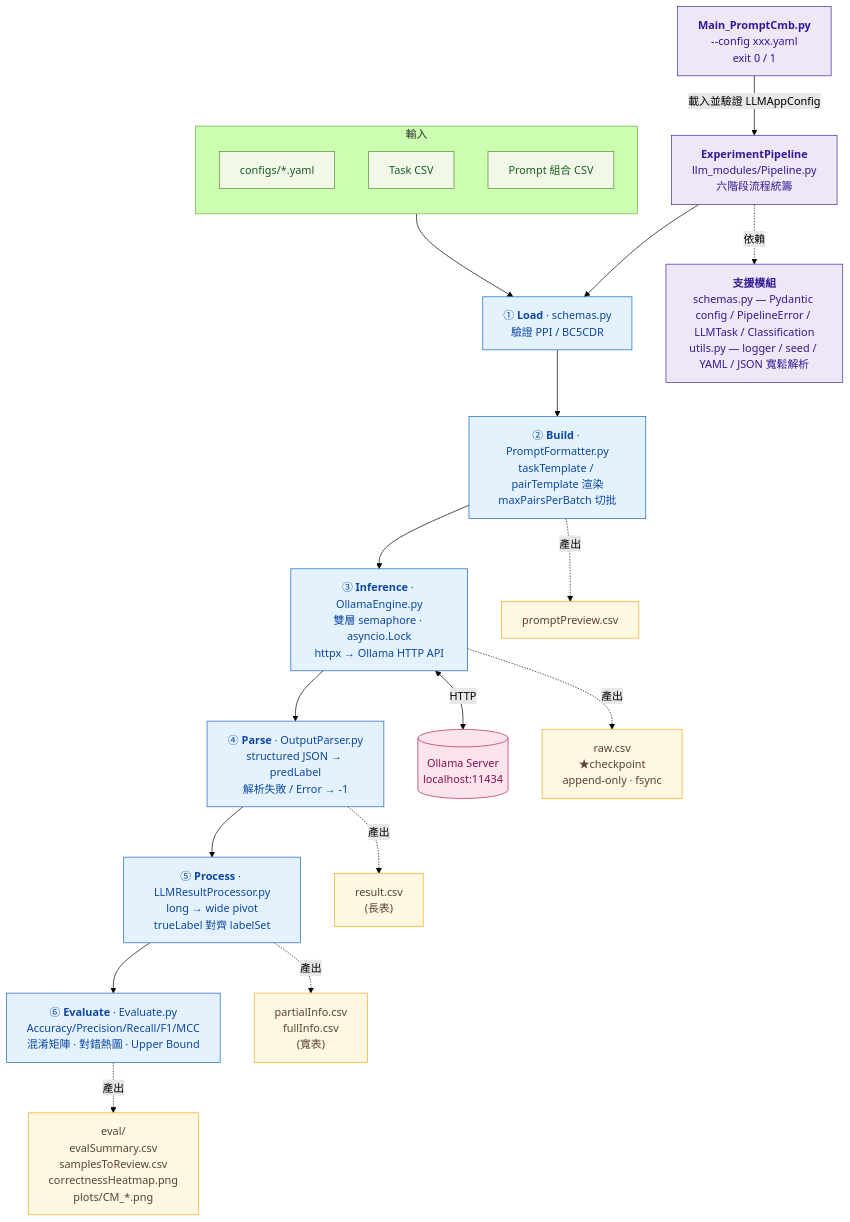
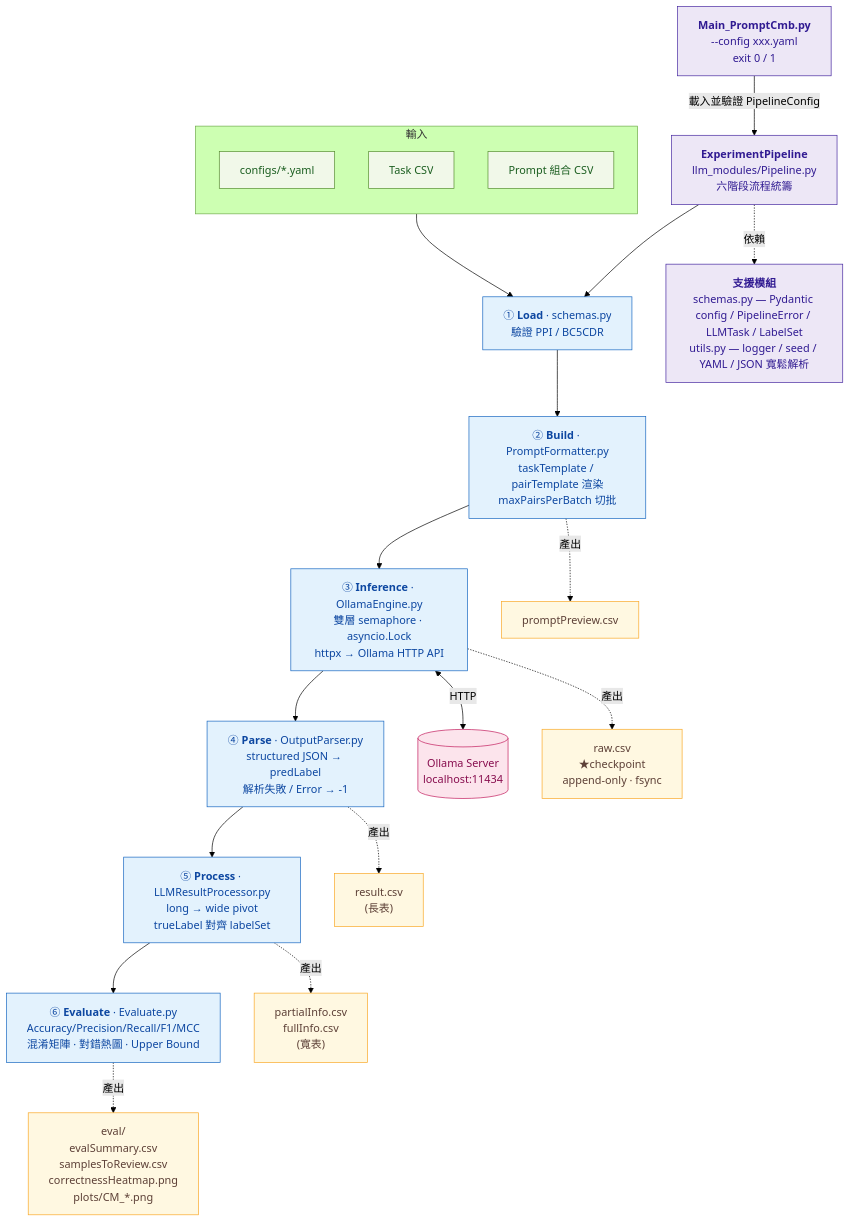
One commit to SofaPottato/EnsemblePrompt-ML changed the diagram in README.md. Above: the diagram before and after it, drawn with Mermaid (forest theme). The commit also changed other lines of this file and 10 other files, not shown here.

````diff
--- a/README.md
+++ b/README.md
@@ -34,61 +34,61 @@
 ```mermaid
 flowchart TD
     %% 進入點
     Entry["<b>Main_PromptCmb.py</b><br/>--config xxx.yaml<br/>exit 0 / 1"]
     Pipeline["<b>ExperimentPipeline</b><br/>llm_modules/Pipeline.py<br/>六階段流程統籌"]
-    Entry -->|"載入並驗證 LLMAppConfig"| Pipeline
+    Entry -->|"載入並驗證 PipelineConfig"| Pipeline
 
     %% 輸入
     subgraph Inputs["輸入"]
         direction TB
         Cfg["configs/*.yaml"]
         TaskCsv["Task CSV"]
         PromptCsv["Prompt 組合 CSV"]
     end
     Inputs --> S1
 
     %% 六階段
     S1["① <b>Load</b> · schemas.py<br/>驗證 PPI / BC5CDR"]
     S2["② <b>Build</b> · PromptFormatter.py<br/>taskTemplate / pairTemplate 渲染<br/>maxPairsPerBatch 切批"]
     S3["③ <b>Inference</b> · OllamaEngine.py<br/>雙層 semaphore · asyncio.Lock<br/>httpx → Ollama HTTP API"]
     S4["④ <b>Parse</b> · OutputParser.py<br/>structured JSON → predLabel<br/>解析失敗 / Error → -1"]
     S5["⑤ <b>Process</b> · LLMResultProcessor.py<br/>long → wide pivot<br/>trueLabel 對齊 labelSet"]
     S6["⑥ <b>Evaluate</b> · Evaluate.py<br/>Accuracy/Precision/Recall/F1/MCC<br/>混淆矩陣 · 對錯熱圖 · Upper Bound"]
 
     Pipeline --> S1
     S1 --> S2 --> S3 --> S4 --> S5 --> S6
 
     %% 外部依賴
     Ollama[("Ollama Server<br/>localhost:11434")]
     S3 <-->|"HTTP"| Ollama
 
     %% 落盤產出
     O2["promptPreview.csv"]
     O3["raw.csv<br/>★checkpoint<br/>append-only · fsync"]
     O4["result.csv<br/>(長表)"]
     O5["partialInfo.csv<br/>fullInfo.csv<br/>(寬表)"]
     O6["eval/<br/>evalSummary.csv<br/>samplesToReview.csv<br/>correctnessHeatmap.png<br/>plots/CM_*.png"]
 
     S2 -.產出.-> O2
     S3 -.產出.-> O3
     S4 -.產出.-> O4
     S5 -.產出.-> O5
     S6 -.產出.-> O6
 
     %% 支援模組
-    Support["<b>支援模組</b><br/>schemas.py — Pydantic config / PipelineError / LLMTask / Classification<br/>utils.py — logger / seed / YAML / JSON 寬鬆解析"]
+    Support["<b>支援模組</b><br/>schemas.py — Pydantic config / PipelineError / LLMTask / LabelSet<br/>utils.py — logger / seed / YAML / JSON 寬鬆解析"]
     Pipeline -.依賴.-> Support
 
     %% 樣式
     classDef stage fill:#e3f2fd,stroke:#1565c0,color:#0d47a1
     classDef output fill:#fff8e1,stroke:#f9a825,color:#5d4037
     classDef input fill:#f1f8e9,stroke:#558b2f,color:#1b5e20
     classDef ext fill:#fce4ec,stroke:#c2185b,color:#880e4f
     classDef entry fill:#ede7f6,stroke:#4527a0,color:#311b92
 
     class S1,S2,S3,S4,S5,S6 stage
     class O2,O3,O4,O5,O6 output
     class Cfg,TaskCsv,PromptCsv input
     class Ollama ext
     class Entry,Pipeline,Support entry
 ```
````
